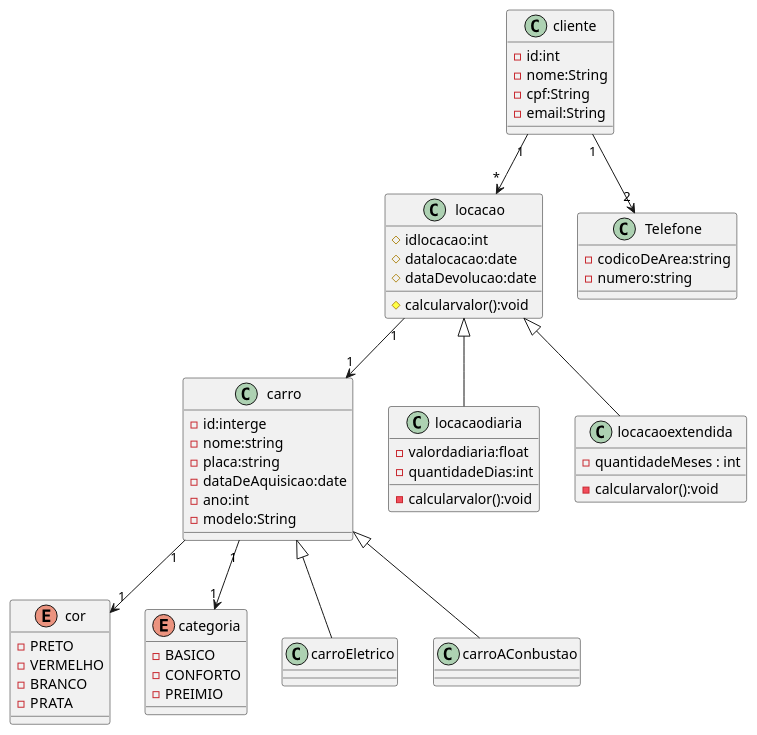
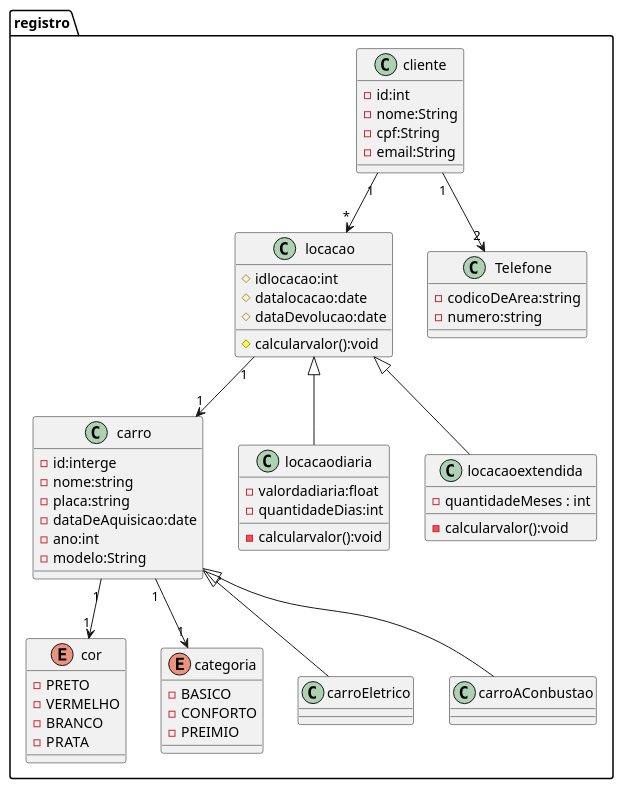
Before and after one commit to guisiq/sistema_locadora_de_carros: the diagram in src/diagram.puml, drawn with PlantUML. The commit also changed 11 other files, not shown here.

```diff
--- a/src/diagram.puml
+++ b/src/diagram.puml
@@ -1,80 +1,81 @@
 @startuml cinema
-
+package "registro"{
 class carro{
    - id:interge 
    - nome:string
    - placa:string
    - dataDeAquisicao:date
    - ano:int
    - modelo:String
 }
 ' ok 
 enum cor{
     -PRETO 
     -VERMELHO
     -BRANCO
     -PRATA
 }
 'ok
 /'
 class carroEletrico{
     capacidadeBateria:float
     eficiencia
 }
 class carroAConbustao {
     
 }
 
 '/
 class locacao{
     # idlocacao:int 
     # datalocacao:date
     # dataDevolucao:date
     # calcularvalor():void
 }
 'ok
 class locacaodiaria{
     - valordadiaria:float   
     - quantidadeDias:int
     - calcularvalor():void
 }
 'ok
 class locacaoextendida{
     - quantidadeMeses : int
     - calcularvalor():void
 }
 'ok
 class cliente {
     - id:int
     - nome:String
     - cpf:String
     - email:String
 }
 enum categoria {
     - BASICO
     - CONFORTO
     - PREIMIO
 }
 'ok
 class Telefone{
     -codicoDeArea:string
     -numero:string
 }
 
 locacao<|--  locacaodiaria 
 locacao<|--  locacaoextendida 
 carro<|--carroEletrico 
 carro<|--carroAConbustao 
 
 
 carro "1" --> "1"categoria
 carro "1" --> "1"cor
 
 locacao "1" --> "1"carro
 
-'cliente "1" --> "1"TipoCliente
+
 cliente "1" --> "2" Telefone
 cliente "1" --> "*" locacao
 
+}
 
 @enduml
```
